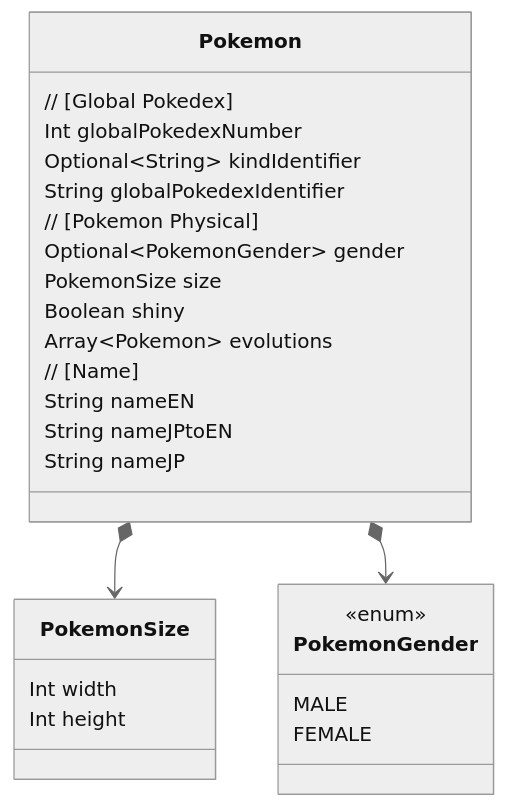
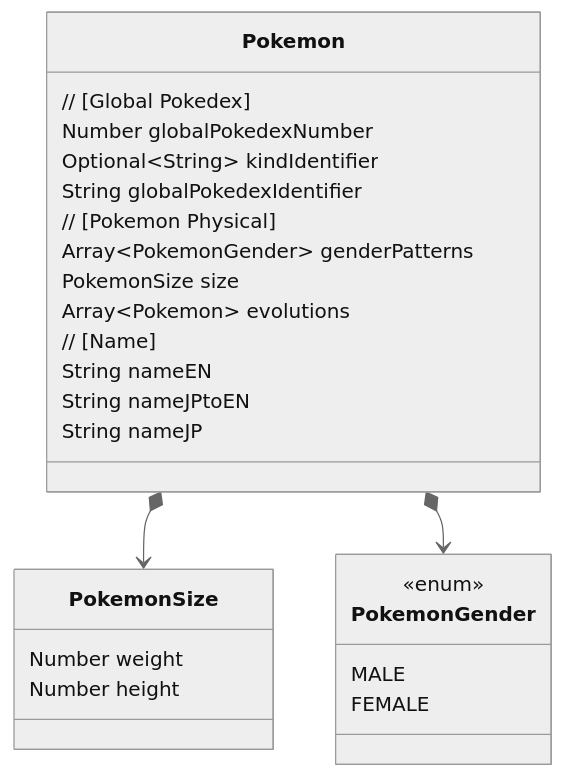
One commit to O6lvl4/pokemon-doc changed the diagram in pokemon-class.md. Above: the diagram before and after it, drawn with Mermaid (neutral theme).

Commit message:
Update Number type

````diff
--- a/pokemon-class.md
+++ b/pokemon-class.md
@@ -1,32 +1,33 @@
 ```mermaid
 classDiagram
 
     class Pokemon {
         // [Global Pokedex]
-        Int globalPokedexNumber
+        Number globalPokedexNumber
         Optional~String~ kindIdentifier
         String globalPokedexIdentifier
+
         // [Pokemon Physical]
-        Optional~PokemonGender~ gender
+        Array~PokemonGender~ genderPatterns
         PokemonSize size
-        Boolean shiny
         Array~Pokemon~ evolutions
+
         // [Name]
         String nameEN
         String nameJPtoEN
         String nameJP
     }
     Pokemon *--> PokemonSize
     Pokemon *--> PokemonGender
 
     class PokemonSize {
-        Int width
-        Int height
+        Number weight
+        Number height
     }
 
     class PokemonGender {
         <<enum>>
         MALE
         FEMALE
     }
 ```
````
